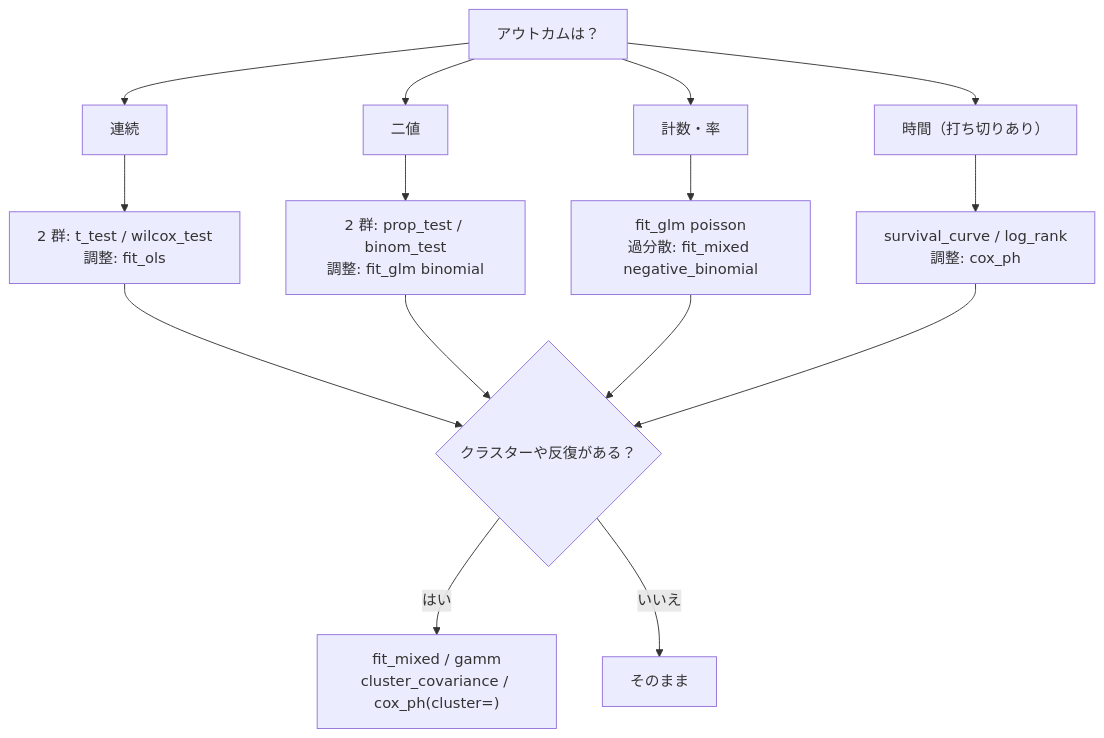
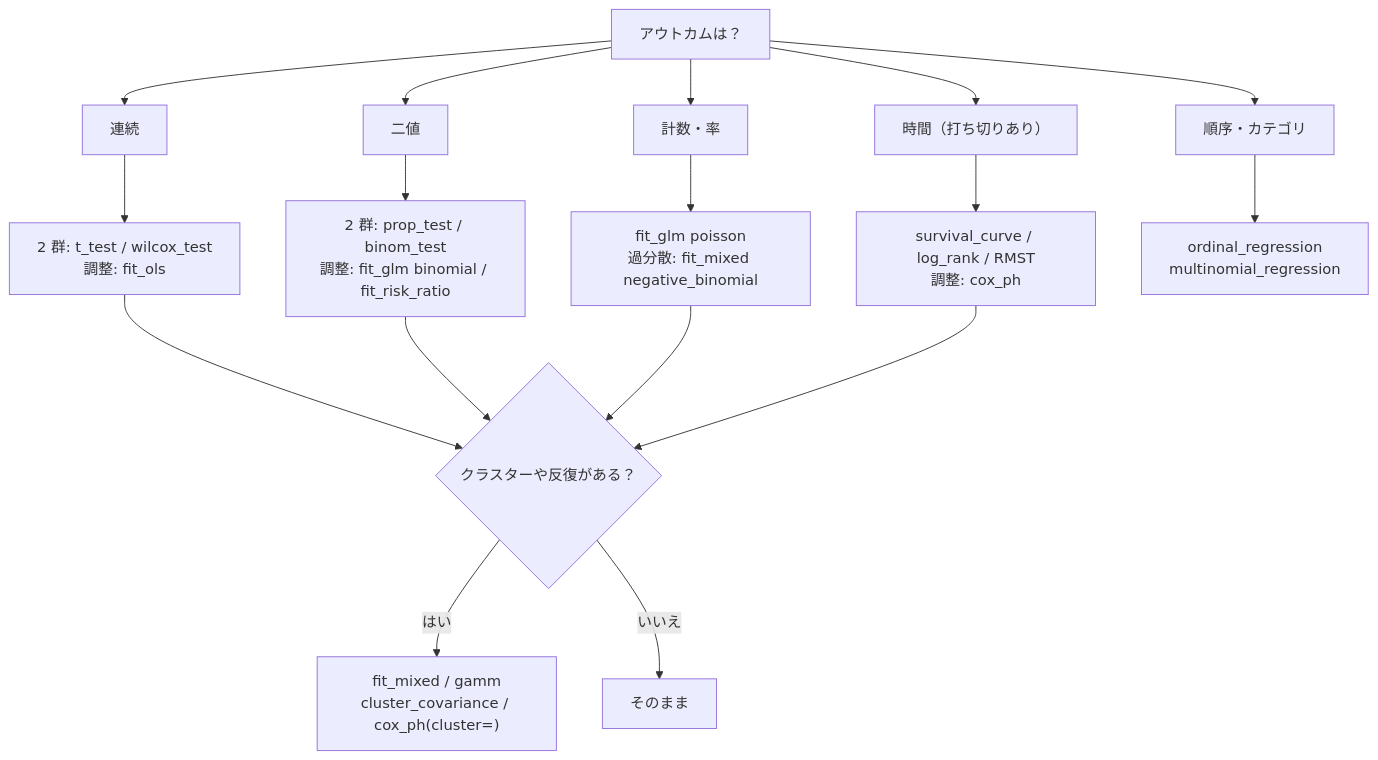
Before and after one commit to mizuy/statract: the diagram in docs/guide/methods.md, drawn with Mermaid. The commit also changed other lines of this file, not shown here.

````diff
--- a/docs/guide/methods.md
+++ b/docs/guide/methods.md
@@ -13,17 +13,19 @@
 ```mermaid
 flowchart TD
   Q["アウトカムは？"] --> C["連続"]
   Q --> B["二値"]
   Q --> N["計数・率"]
   Q --> T["時間（打ち切りあり）"]
+  Q --> O["順序・カテゴリ"]
   C --> C1["2 群: t_test / wilcox_test<br/>調整: fit_ols"]
-  B --> B1["2 群: prop_test / binom_test<br/>調整: fit_glm binomial"]
+  B --> B1["2 群: prop_test / binom_test<br/>調整: fit_glm binomial / fit_risk_ratio"]
   N --> N1["fit_glm poisson<br/>過分散: fit_mixed negative_binomial"]
-  T --> T1["survival_curve / log_rank<br/>調整: cox_ph"]
+  T --> T1["survival_curve / log_rank / RMST<br/>調整: cox_ph"]
+  O --> O1["ordinal_regression<br/>multinomial_regression"]
   C1 --> R{"クラスターや反復がある？"}
   B1 --> R
   N1 --> R
   T1 --> R
   R -- "はい" --> R1["fit_mixed / gamm<br/>cluster_covariance / cox_ph(cluster=)"]
   R -- "いいえ" --> R2["そのまま"]
 ```
````
